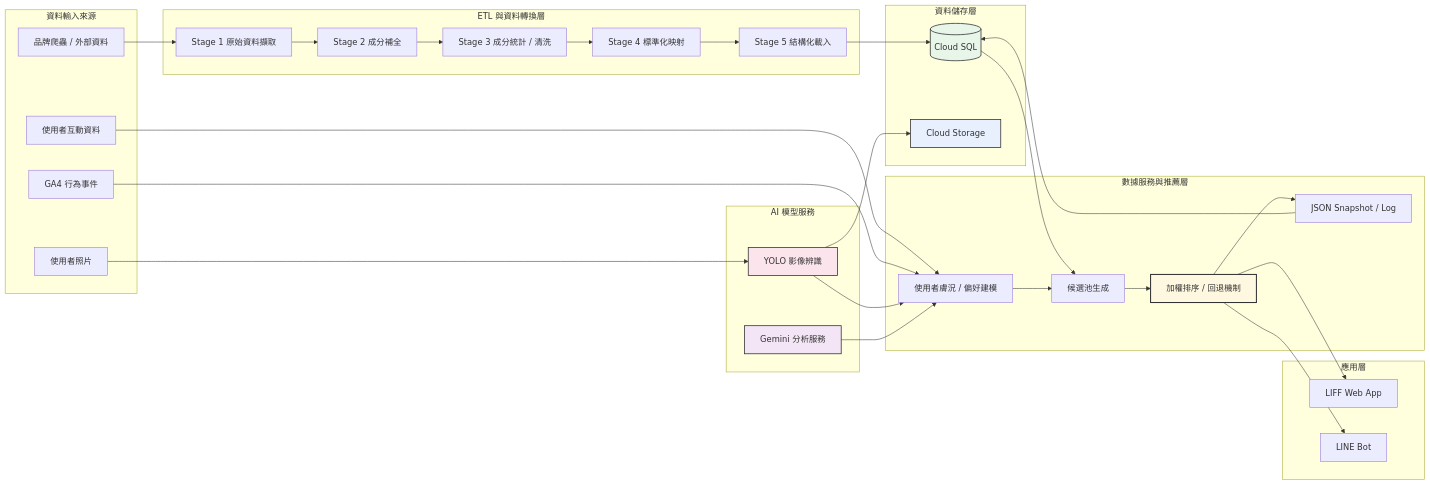
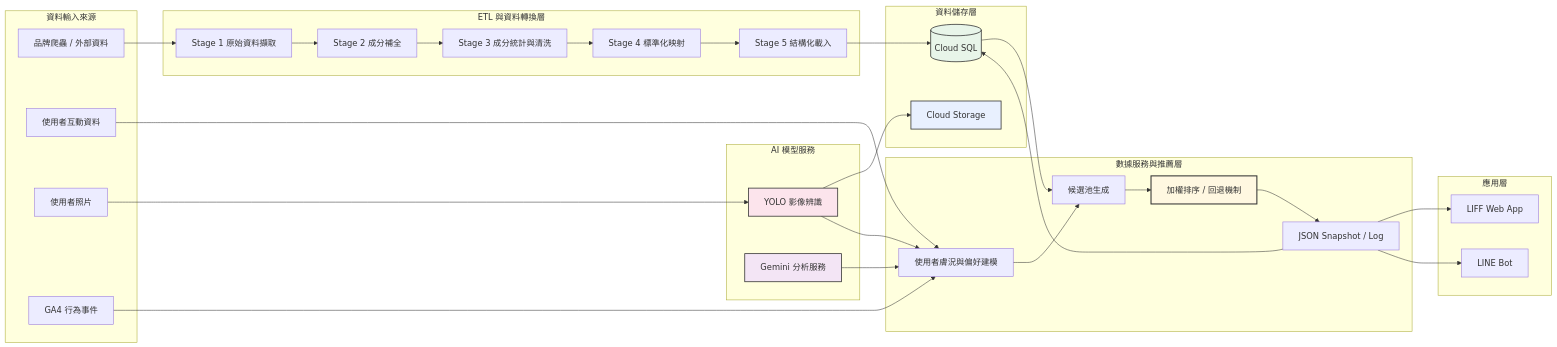
One commit to JaniceYangYintine/AI-SkinPerfection-Project changed the second of 2 diagrams in README.md. Above: the diagram before and after it, drawn with Mermaid.

Commit message:
Refactor diagram labels in README.md

````diff
--- a/README.md
+++ b/README.md
@@ -93,66 +93,66 @@
 ```mermaid
 graph LR
     subgraph INPUT["資料輸入來源"]
         CRAWLER[品牌爬蟲 / 外部資料]
-        USER[使用者互動資料]
+        USER_DATA[使用者互動資料]
         IMAGE[使用者照片]
-        GA[GA4 行為事件]
+        GA_EVENT[GA4 行為事件]
     end
 
     subgraph ETL_LAYER["ETL 與資料轉換層"]
         STAGE1[Stage 1 原始資料擷取]
         STAGE2[Stage 2 成分補全]
-        STAGE3[Stage 3 成分統計 / 清洗]
+        STAGE3[Stage 3 成分統計與清洗]
         STAGE4[Stage 4 標準化映射]
         STAGE5[Stage 5 結構化載入]
     end
 
     subgraph DB_LAYER["資料儲存層"]
         SQL[(Cloud SQL)]
-        GCS[Cloud Storage]
+        GCS_DATA[Cloud Storage]
     end
 
     subgraph SERVICE["數據服務與推薦層"]
-        PROFILE[使用者膚況 / 偏好建模]
+        PROFILE[使用者膚況與偏好建模]
         CANDIDATE[候選池生成]
         RANKING[加權排序 / 回退機制]
         SNAPSHOT[JSON Snapshot / Log]
     end
 
     subgraph AI_LAYER["AI 模型服務"]
-        YOLO[YOLO 影像辨識]
+        YOLO_IMG[YOLO 影像辨識]
         LLM[Gemini 分析服務]
     end
 
     subgraph APP["應用層"]
-        LIFF[LIFF Web App]
-        LINE[LINE Bot]
+        LIFF_APP[LIFF Web App]
+        LINE_BOT[LINE Bot]
     end
 
     CRAWLER --> STAGE1
-    USER --> PROFILE
-    IMAGE --> YOLO
-    GA --> PROFILE
+    USER_DATA --> PROFILE
+    IMAGE --> YOLO_IMG
+    GA_EVENT --> PROFILE
 
     STAGE1 --> STAGE2 --> STAGE3 --> STAGE4 --> STAGE5
     STAGE5 --> SQL
 
-    YOLO --> GCS
-    YOLO --> PROFILE
+    YOLO_IMG --> GCS_DATA
+    YOLO_IMG --> PROFILE
     LLM --> PROFILE
 
     SQL --> CANDIDATE
     PROFILE --> CANDIDATE
     CANDIDATE --> RANKING
     RANKING --> SNAPSHOT
     SNAPSHOT --> SQL
 
-    RANKING --> LIFF
-    RANKING --> LINE
+    SNAPSHOT --> LIFF_APP
+    SNAPSHOT --> LINE_BOT
 
     style SQL fill:#e8f5e9,stroke:#333,stroke-width:1.5px
-    style GCS fill:#e8f0fe,stroke:#333,stroke-width:1.5px
-    style YOLO fill:#fce4ec,stroke:#333,stroke-width:1.5px
+    style GCS_DATA fill:#e8f0fe,stroke:#333,stroke-width:1.5px
+    style YOLO_IMG fill:#fce4ec,stroke:#333,stroke-width:1.5px
     style LLM fill:#f3e5f5,stroke:#333,stroke-width:1.5px
     style RANKING fill:#fff8e1,stroke:#333,stroke-width:2px
 ```
````
